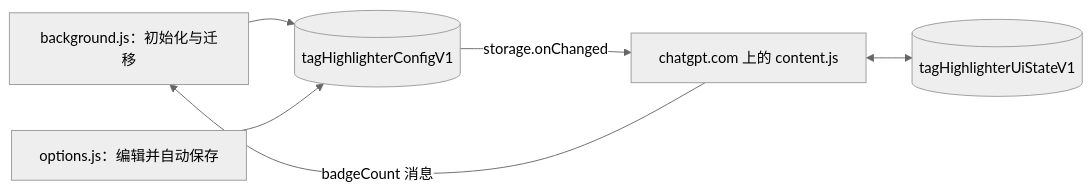
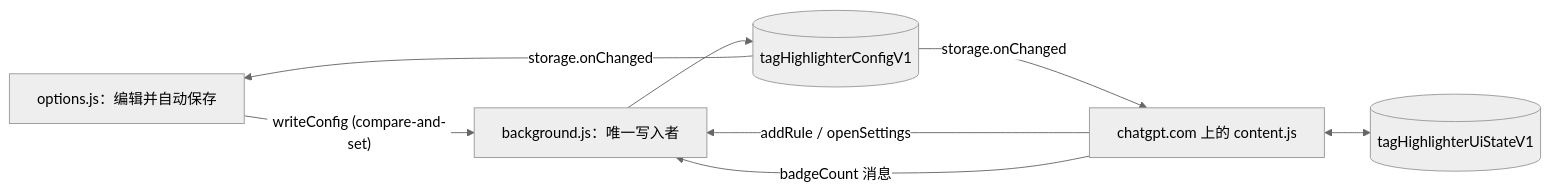
Before and after one commit to D0n9X1n/chatgpt-tag-highlighter: the diagram in wiki/Architecture-zh-CN.md, drawn with Mermaid (neutral theme). The commit also changed other lines of this file and 21 other files, not shown here.

First line of the commit message:
v1.3.0: quick tag, settings gear, floating settings window (#73–#76) (#78)

````diff
--- a/wiki/Architecture-zh-CN.md
+++ b/wiki/Architecture-zh-CN.md
@@ -20,8 +20,10 @@
 ```mermaid
 flowchart LR
-  BG["background.js：初始化与迁移"] --> CFG[("tagHighlighterConfigV1")]
-  OPT["options.js：编辑并自动保存"] --> CFG
-  CFG -- "storage.onChanged" --> CS["chatgpt.com 上的 content.js"]
+  OPT["options.js：编辑并自动保存"] -- "writeConfig (compare-and-set)" --> BG["background.js：唯一写入者"]
+  CS["chatgpt.com 上的 content.js"] -- "addRule / openSettings" --> BG
   CS -- "badgeCount 消息" --> BG
+  BG --> CFG[("tagHighlighterConfigV1")]
+  CFG -- "storage.onChanged" --> CS
+  CFG -- "storage.onChanged" --> OPT
   CS <--> UI[("tagHighlighterUiStateV1")]
 ```
````
